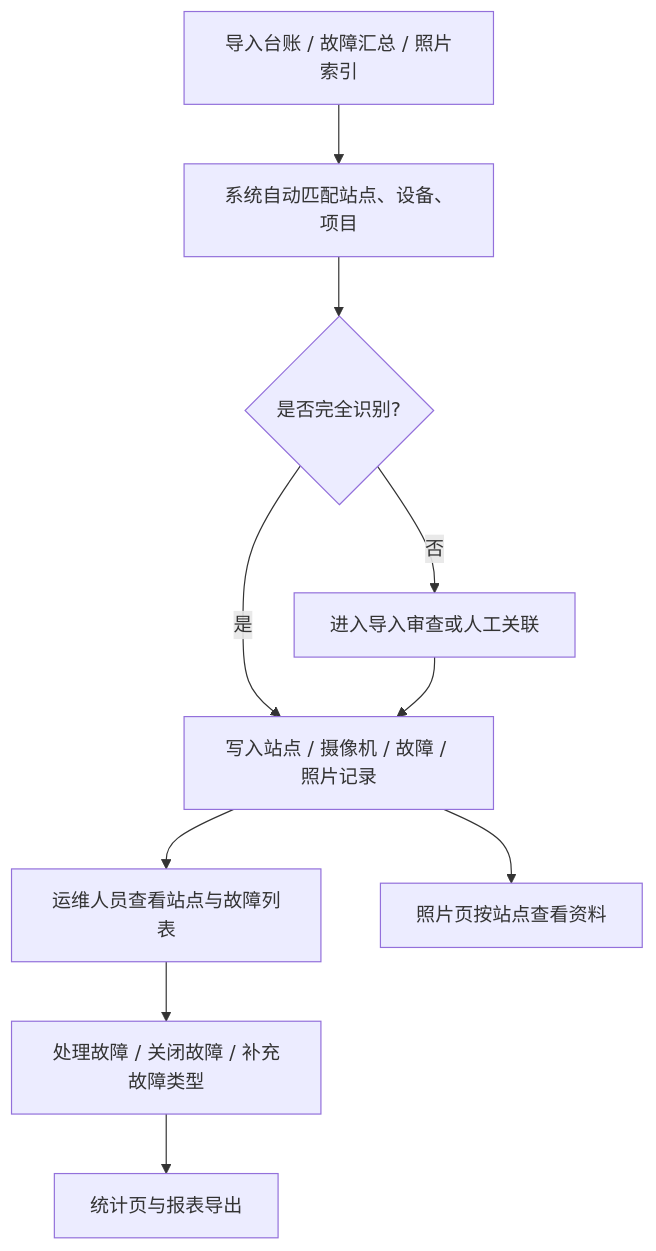
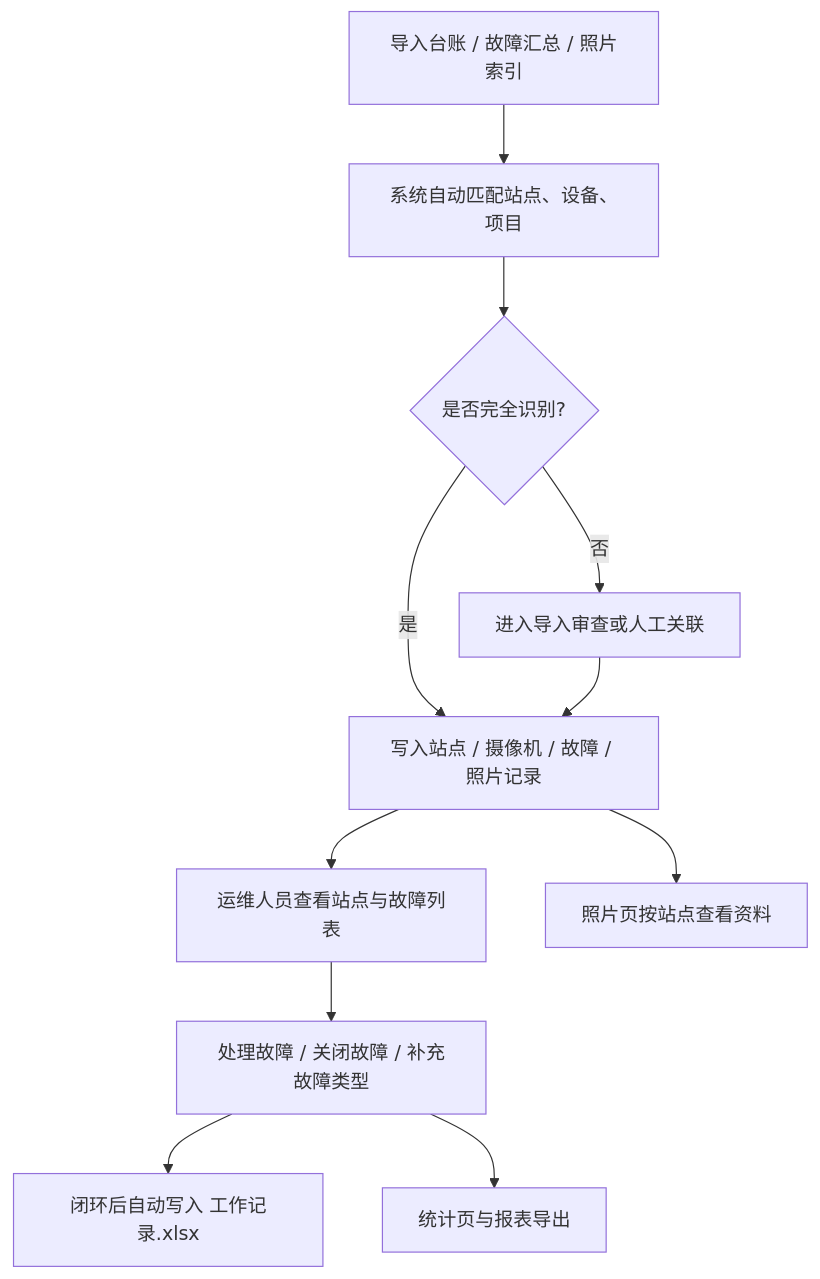
The second of 2 diagrams in README.md (bojiujieyou/Substation-O-M-System), drawn with Mermaid before and after one commit. The commit also changed other lines of this file and 1 other file, not shown here.

````diff
--- a/README.md
+++ b/README.md
@@ -134,12 +147,13 @@
 ```mermaid
 flowchart TD
     S[导入台账 / 故障汇总 / 照片索引] --> C[系统自动匹配站点、设备、项目]
     C --> Q{是否完全识别?}
     Q -- 是 --> F[写入站点 / 摄像机 / 故障 / 照片记录]
     Q -- 否 --> R[进入导入审查或人工关联]
     R --> F
     F --> O[运维人员查看站点与故障列表]
     O --> H[处理故障 / 关闭故障 / 补充故障类型]
+    H --> W[闭环后自动写入 工作记录.xlsx]
     H --> T[统计页与报表导出]
     F --> P[照片页按站点查看资料]
 ```
````
